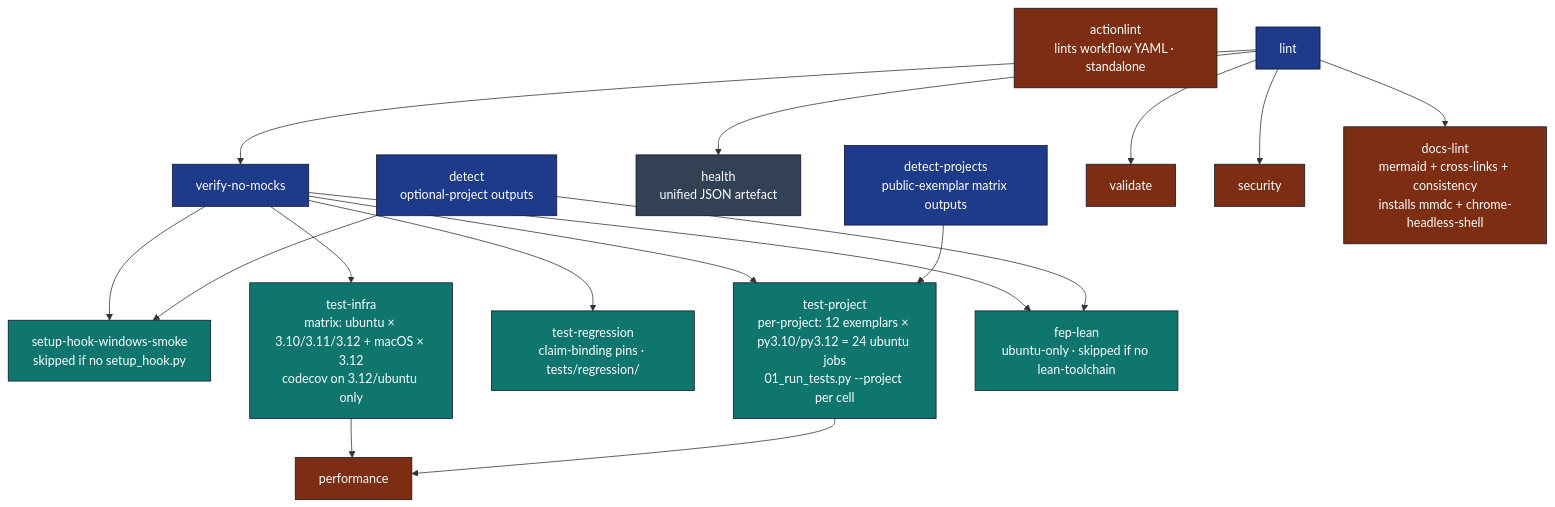
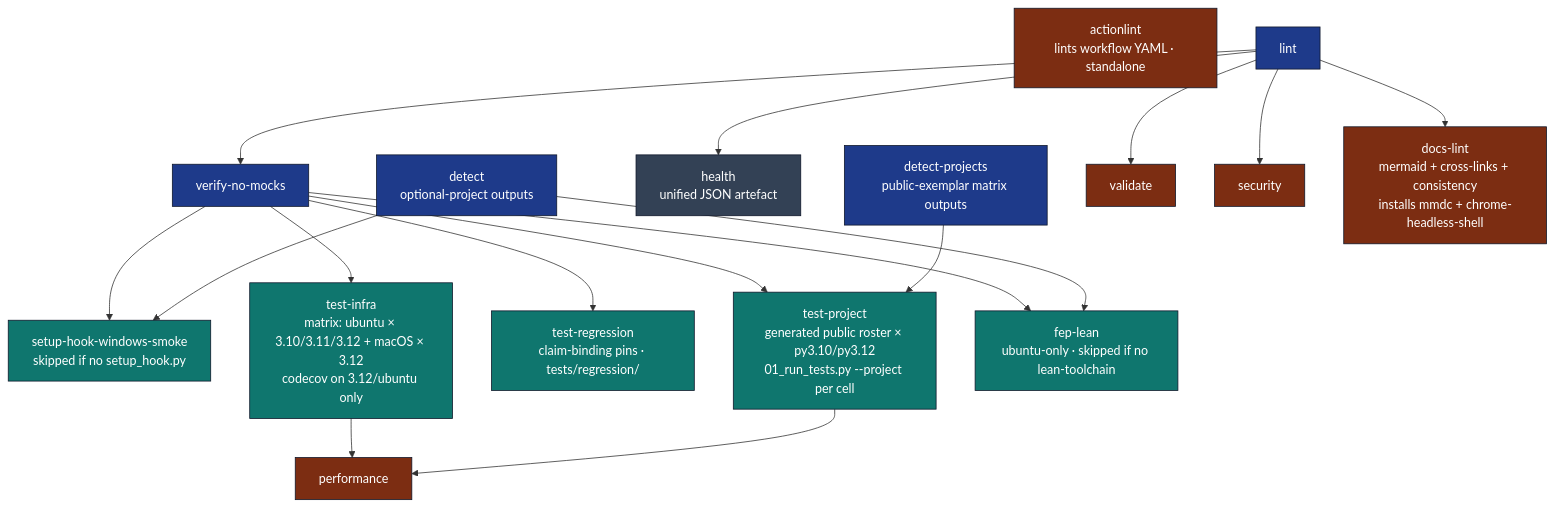
One commit to docxology/template changed the second of 2 diagrams in .github/workflows/AGENTS.md. Above: the diagram before and after it, drawn with Mermaid. The commit also changed other lines of this file and 347 other files, not shown here.

Commit message:
feat: harden public exemplars and accelerate active inference tests

````diff
--- a/.github/workflows/AGENTS.md
+++ b/.github/workflows/AGENTS.md
@@ -44,30 +44,30 @@
 ```mermaid
 flowchart TB
     DET[detect<br/>optional-project outputs]
     DETP[detect-projects<br/>public-exemplar matrix outputs]
     ACTLINT[actionlint<br/>lints workflow YAML · standalone]
     LINT[lint] --> HEALTH[health<br/>unified JSON artefact]
     LINT --> VNM[verify-no-mocks]
     LINT --> VAL[validate]
     LINT --> SEC[security]
     LINT --> DL[docs-lint<br/>mermaid + cross-links + consistency<br/>installs mmdc + chrome-headless-shell]
     VNM --> SHW[setup-hook-windows-smoke<br/>skipped if no setup_hook.py]
     VNM --> TI[test-infra<br/>matrix: ubuntu × 3.10/3.11/3.12 + macOS × 3.12<br/>codecov on 3.12/ubuntu only]
     VNM --> TR[test-regression<br/>claim-binding pins · tests/regression/]
-    VNM --> TP[test-project<br/>per-project: 12 exemplars × py3.10/py3.12 = 24 ubuntu jobs<br/>01_run_tests.py --project per cell]
+    VNM --> TP[test-project<br/>generated public roster × py3.10/py3.12<br/>01_run_tests.py --project per cell]
     VNM --> FL[fep-lean<br/>ubuntu-only · skipped if no lean-toolchain]
     DET --> SHW
     DET --> FL
     DETP --> TP
     TI --> PERF[performance]
     TP --> PERF
 
     classDef gate fill:#1e3a8a,stroke:#0f172a,color:#fff
     classDef matrix fill:#0f766e,stroke:#0f172a,color:#fff
     classDef terminal fill:#7c2d12,stroke:#0f172a,color:#fff
     classDef info fill:#334155,stroke:#0f172a,color:#fff
     class DET,DETP,LINT,VNM gate
     class TI,TR,TP,FL,SHW matrix
     class VAL,SEC,DL,PERF,ACTLINT terminal
     class HEALTH info
 ```
````
